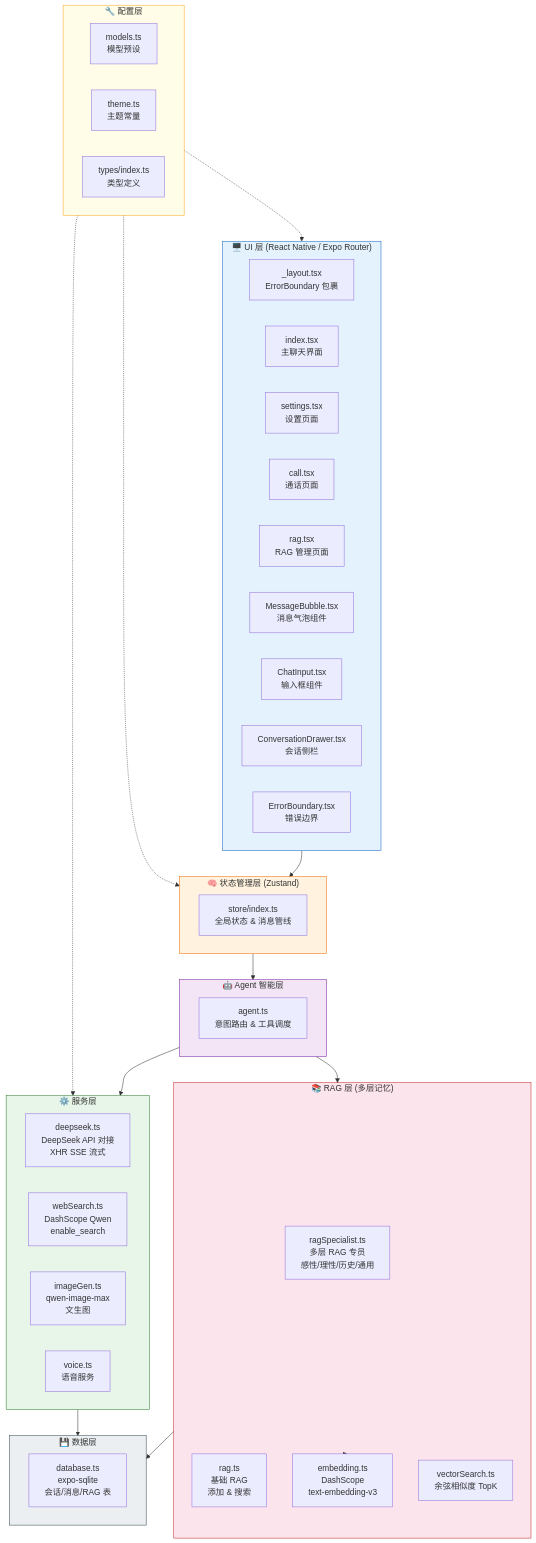
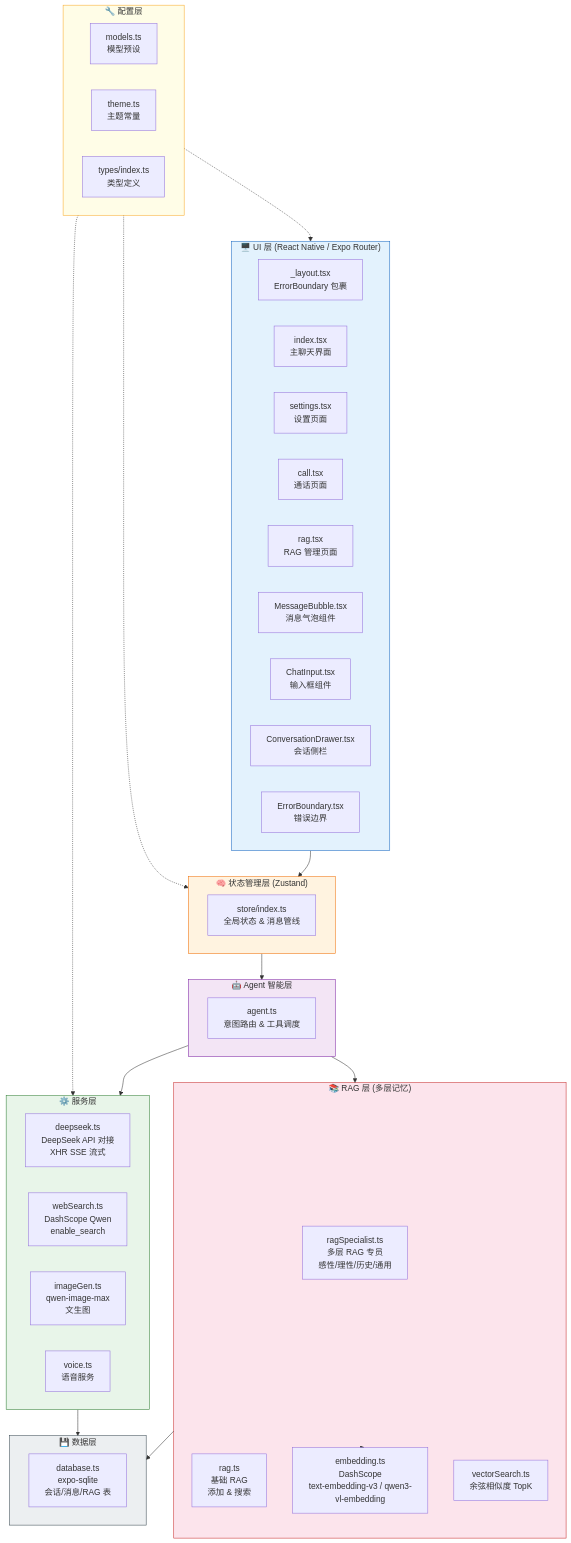
Before and after one commit to jitok123/AI-Assistant-Anywhere: the first of 2 diagrams in 架构文档/log7_architecture_overview.md, drawn with Mermaid. The commit also changed other lines of this file and 24 other files, not shown here.

````diff
--- a/架构文档/log7_architecture_overview.md
+++ b/架构文档/log7_architecture_overview.md
@@ -9,65 +9,65 @@
 ```mermaid
 graph TB
     subgraph UI["🖥️ UI 层 (React Native / Expo Router)"]
         layout["_layout.tsx<br/>ErrorBoundary 包裹"]
         index["index.tsx<br/>主聊天界面"]
         settings["settings.tsx<br/>设置页面"]
         call["call.tsx<br/>通话页面"]
         rag_page["rag.tsx<br/>RAG 管理页面"]
         MB["MessageBubble.tsx<br/>消息气泡组件"]
         CI["ChatInput.tsx<br/>输入框组件"]
         CD["ConversationDrawer.tsx<br/>会话侧栏"]
         EB["ErrorBoundary.tsx<br/>错误边界"]
     end
 
     subgraph State["🧠 状态管理层 (Zustand)"]
         store["store/index.ts<br/>全局状态 & 消息管线"]
     end
 
     subgraph Agent["🤖 Agent 智能层"]
         agent["agent.ts<br/>意图路由 & 工具调度"]
     end
 
     subgraph Services["⚙️ 服务层"]
         deepseek["deepseek.ts<br/>DeepSeek API 对接<br/>XHR SSE 流式"]
         webSearch["webSearch.ts<br/>DashScope Qwen<br/>enable_search"]
         imageGen["imageGen.ts<br/>qwen-image-max<br/>文生图"]
         voice["voice.ts<br/>语音服务"]
     end
 
     subgraph RAG["📚 RAG 层 (多层记忆)"]
         ragSpec["ragSpecialist.ts<br/>多层 RAG 专员<br/>感性/理性/历史/通用"]
         ragBase["rag.ts<br/>基础 RAG<br/>添加 & 搜索"]
-        embedding["embedding.ts<br/>DashScope<br/>text-embedding-v3"]
+        embedding["embedding.ts<br/>DashScope<br/>text-embedding-v3 / qwen3-vl-embedding"]
         vectorSearch["vectorSearch.ts<br/>余弦相似度 TopK"]
     end
 
     subgraph Data["💾 数据层"]
         db["database.ts<br/>expo-sqlite<br/>会话/消息/RAG 表"]
     end
 
     subgraph Config["🔧 配置层"]
         models["models.ts<br/>模型预设"]
         theme["theme.ts<br/>主题常量"]
         types["types/index.ts<br/>类型定义"]
     end
 
     UI --> State
     State --> Agent
     Agent --> Services
     Agent --> RAG
     Services --> Data
     RAG --> Data
     RAG --> embedding
     Config -.-> UI
     Config -.-> Services
     Config -.-> State
 
     style UI fill:#E3F2FD,stroke:#1565C0
     style State fill:#FFF3E0,stroke:#EF6C00
     style Agent fill:#F3E5F5,stroke:#7B1FA2
     style Services fill:#E8F5E9,stroke:#2E7D32
     style RAG fill:#FCE4EC,stroke:#C62828
     style Data fill:#ECEFF1,stroke:#37474F
     style Config fill:#FFFDE7,stroke:#F9A825
 ```
````
